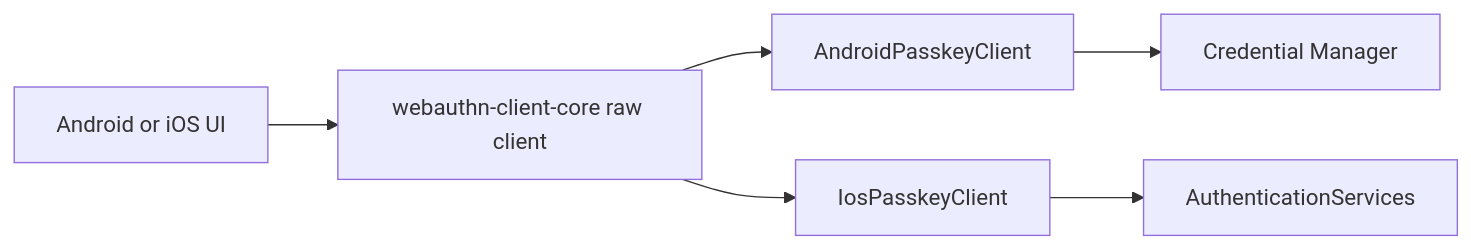
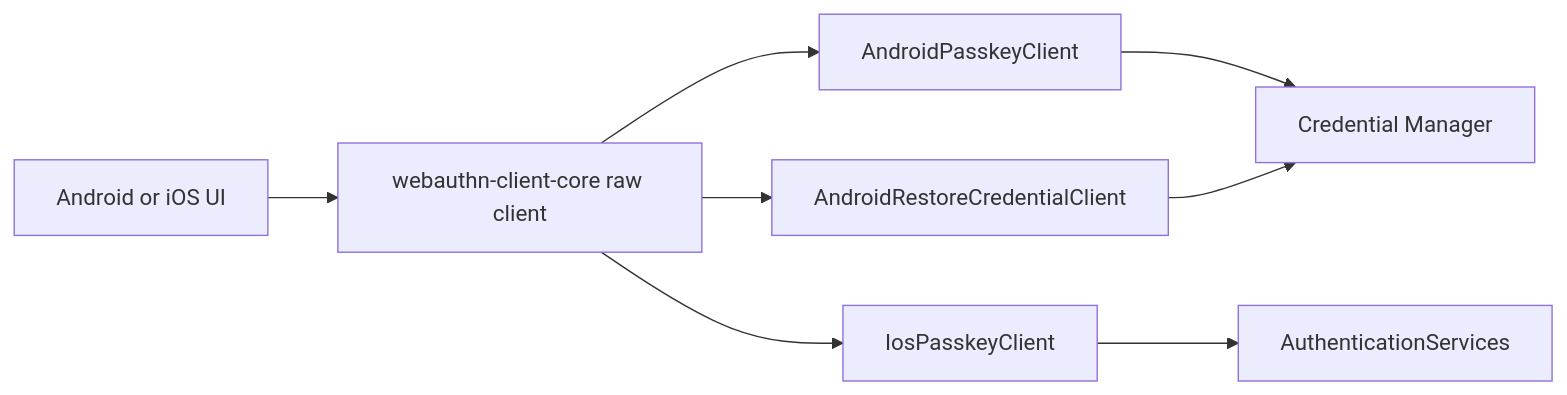
The diagram in client/webauthn-client-platform/README.md (szijpeter/webauthn-kotlin-multiplatform), drawn with Mermaid before and after one commit. The commit also changed other lines of this file and 22 other files, not shown here.

Commit message:
feat(android): add restore credential flow

````diff
--- a/client/webauthn-client-platform/README.md
+++ b/client/webauthn-client-platform/README.md
@@ -54,8 +95,10 @@
 ```mermaid
 flowchart LR
     UI["Android or iOS UI"] --> CORE["webauthn-client-core raw client"]
     CORE --> ANDROID["AndroidPasskeyClient"]
+    CORE --> RESTORE["AndroidRestoreCredentialClient"]
     CORE --> IOS["IosPasskeyClient"]
     ANDROID --> CM["Credential Manager"]
+    RESTORE --> CM
     IOS --> AS["AuthenticationServices"]
 ```
````
